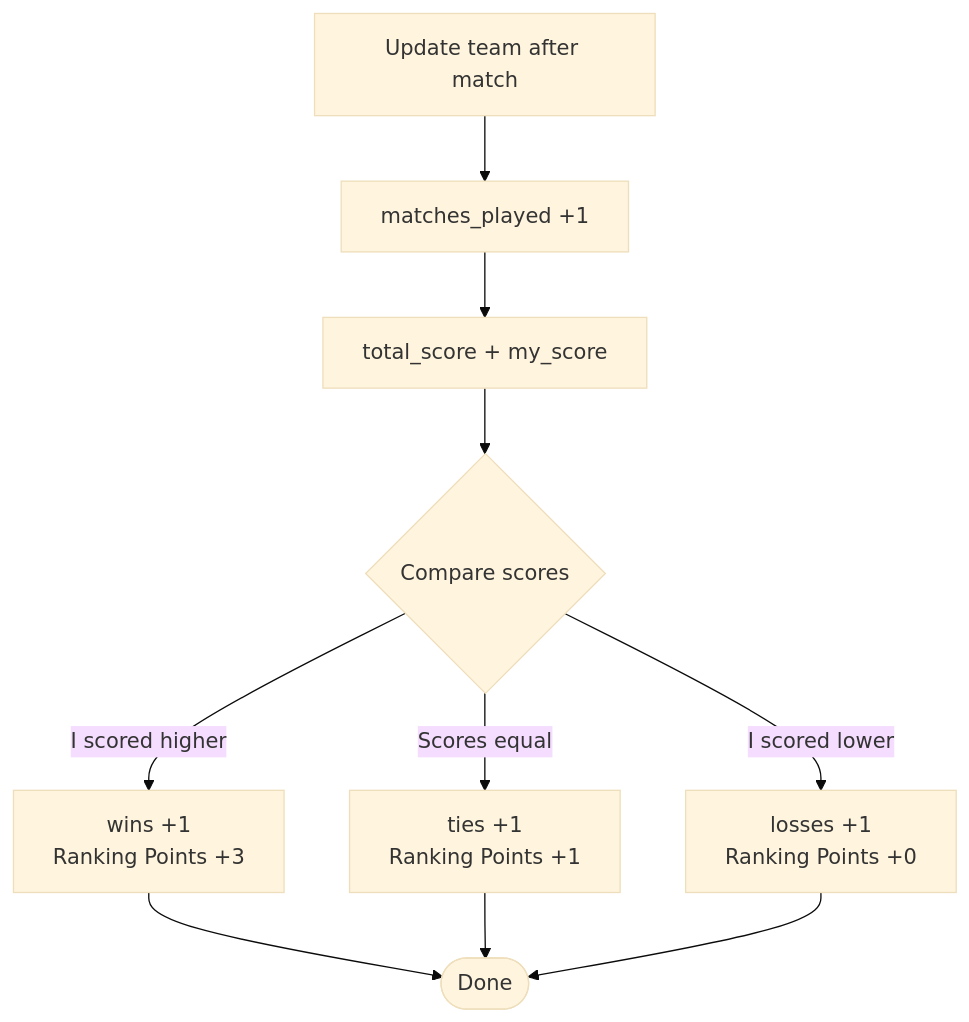
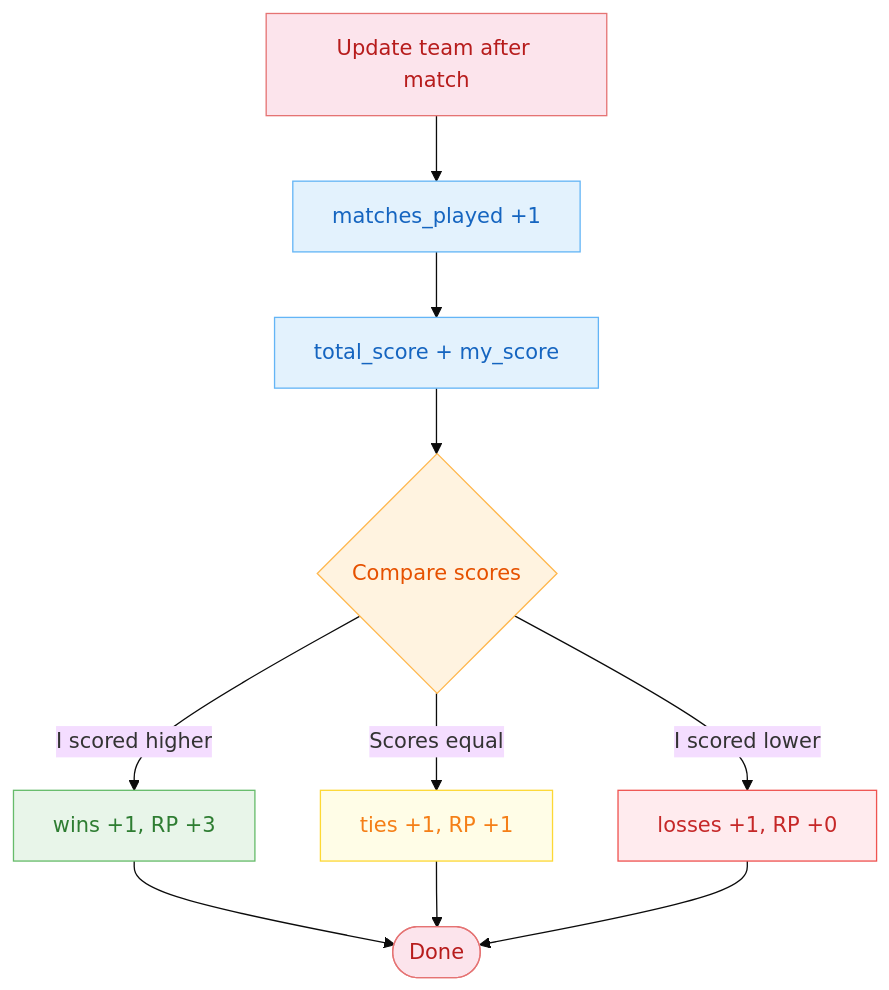
One commit to khanhthanhdev/CompSys changed the ninth of 18 diagrams in README.md. Above: the diagram before and after it, drawn with Mermaid (base theme). The commit also changed other lines of this file and 8 other files, not shown here.

````diff
--- a/README.md
+++ b/README.md
@@ -304,14 +344,21 @@
 ```mermaid
 flowchart TD
-    Start[Update team after match] --> AddPlayed[matches_played +1]
-    AddPlayed --> AddScore[total_score + my_score]
-    AddScore --> Compare{Compare scores}
+    classDef startEnd fill:#fce4ec,stroke:#e57373,color:#b71c1c
+    classDef process fill:#e3f2fd,stroke:#64b5f6,color:#1565c0
+    classDef decision fill:#fff3e0,stroke:#ffb74d,color:#e65100
+    classDef win fill:#e8f5e9,stroke:#66bb6a,color:#2e7d32
+    classDef tie fill:#fffde7,stroke:#fdd835,color:#f57f17
+    classDef loss fill:#ffebee,stroke:#ef5350,color:#c62828
+
+    Start[Update team after match]:::startEnd --> AddPlayed[matches_played +1]:::process
+    AddPlayed --> AddScore[total_score + my_score]:::process
+    AddScore --> Compare{Compare scores}:::decision
     
-    Compare -->|I scored higher| WinCase[wins +1<br/>Ranking Points +3]
-    Compare -->|Scores equal| TieCase[ties +1<br/>Ranking Points +1]
-    Compare -->|I scored lower| LossCase[losses +1<br/>Ranking Points +0]
+    Compare -->|I scored higher| WinCase[wins +1, RP +3]:::win
+    Compare -->|Scores equal| TieCase[ties +1, RP +1]:::tie
+    Compare -->|I scored lower| LossCase[losses +1, RP +0]:::loss
     
-    WinCase --> Done([Done])
+    WinCase --> Done([Done]):::startEnd
     TieCase --> Done
     LossCase --> Done
 ```
````
